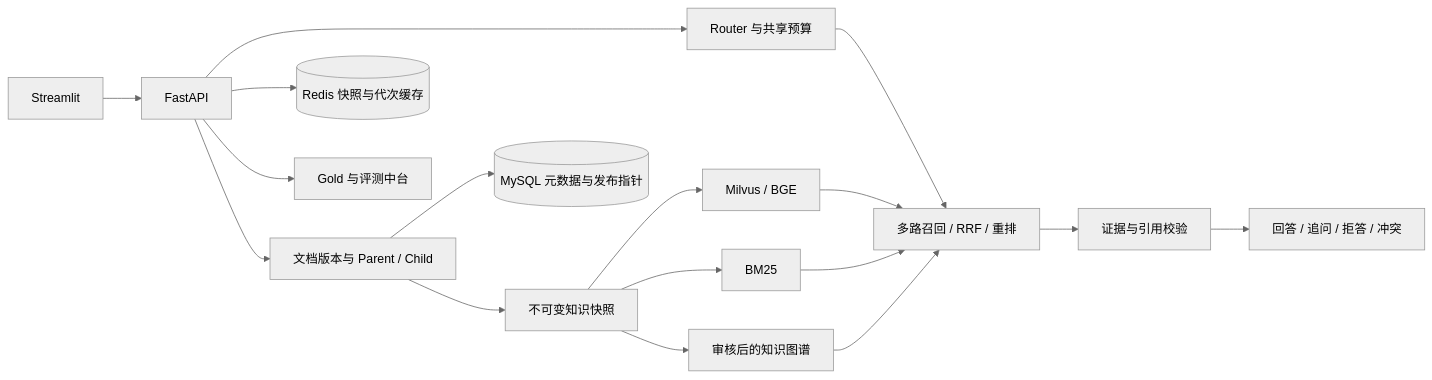
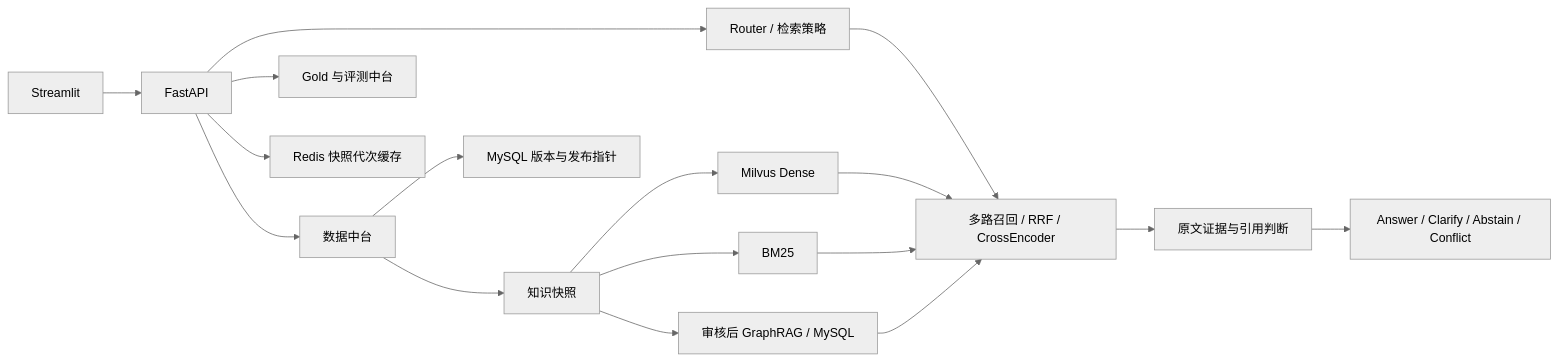
Before and after one commit to zyxmxy292322565-oss/enterprise-knowledge-base-rag: the first of 2 diagrams in README.md, drawn with Mermaid (neutral theme). The commit also changed other lines of this file and 144 other files, not shown here.

````diff
--- a/README.md
+++ b/README.md
@@ -18,19 +18,19 @@
 ```mermaid
 flowchart LR
-    UI[Streamlit] --> API[FastAPI]
-    API --> K[文档版本与 Parent / Child]
-    K --> S[不可变知识快照]
-    S --> M[Milvus / BGE]
-    S --> B[BM25]
-    S --> G[审核后的知识图谱]
-    K --> D[(MySQL 元数据与发布指针)]
-    API --> A[Router 与共享预算]
-    A --> R[多路召回 / RRF / 重排]
-    M --> R
-    B --> R
-    G --> R
-    R --> V[证据与引用校验]
-    V --> E[回答 / 追问 / 拒答 / 冲突]
-    API --> C[(Redis 快照与代次缓存)]
-    API --> T[Gold 与评测中台]
+  UI["Streamlit"] --> API["FastAPI"]
+  API --> DATA["数据中台"]
+  DATA --> SNAP["知识快照"]
+  SNAP --> DENSE["Milvus Dense"]
+  SNAP --> SPARSE["BM25"]
+  SNAP --> GRAPH["审核后 GraphRAG / MySQL"]
+  API --> ROUTER["Router / 检索策略"]
+  ROUTER --> RET["多路召回 / RRF / CrossEncoder"]
+  DENSE --> RET
+  SPARSE --> RET
+  GRAPH --> RET
+  RET --> VALID["原文证据与引用判断"]
+  VALID --> RESULT["Answer / Clarify / Abstain / Conflict"]
+  API --> EVAL["Gold 与评测中台"]
+  API --> CACHE["Redis 快照代次缓存"]
+  DATA --> DB["MySQL 版本与发布指针"]
 ```
````
